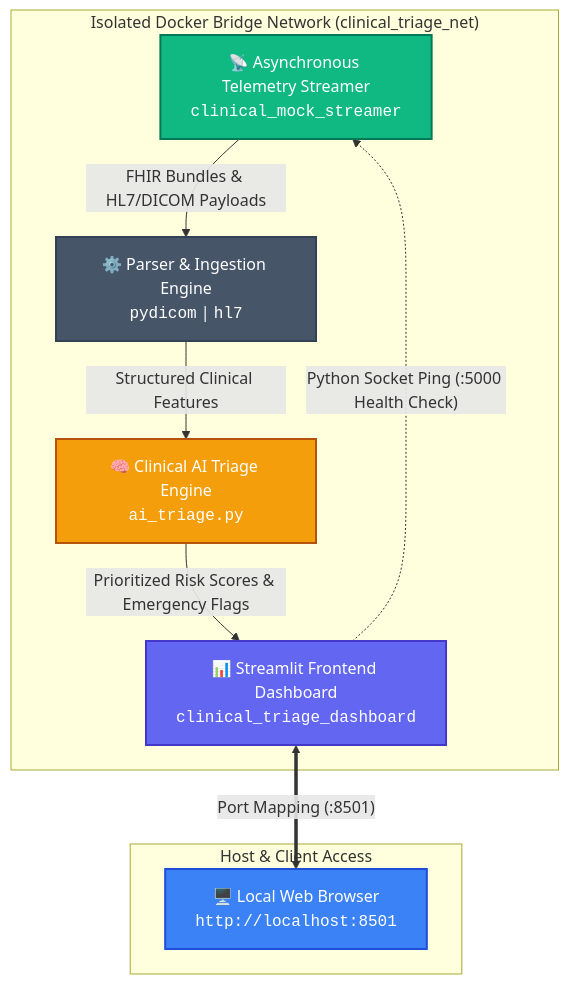
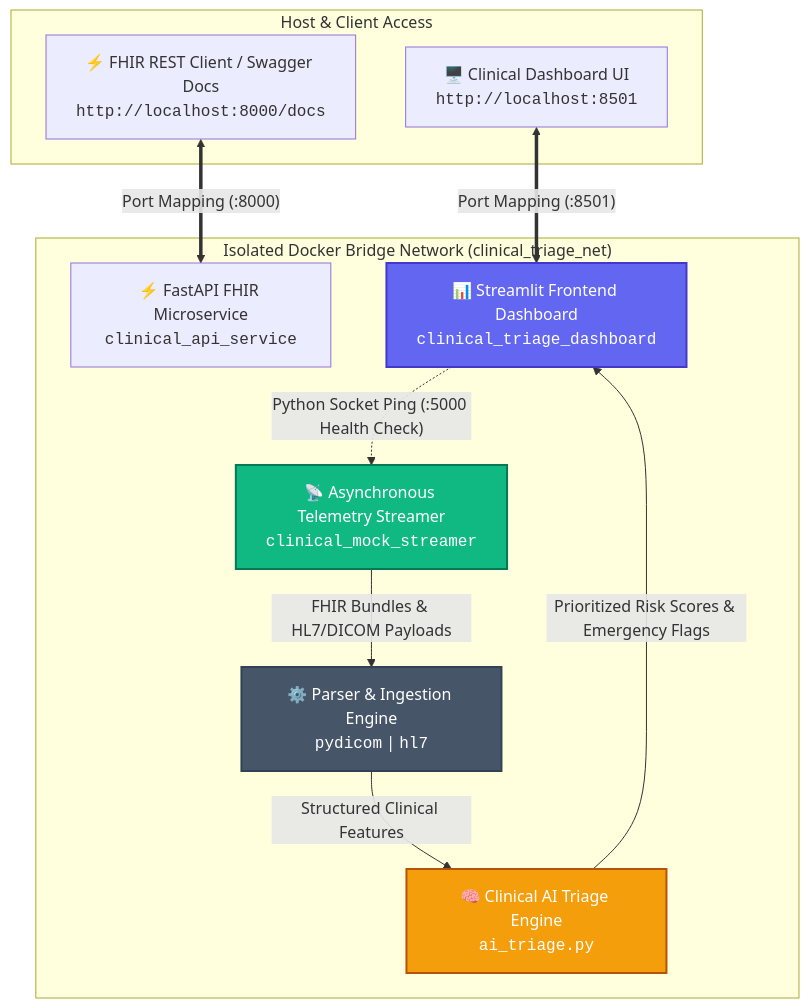
Before and after one commit to dammyoguntuyi-ui/Clinical-AI-Triage-Pipeline: the diagram in README.md, drawn with Mermaid. The commit also changed other lines of this file, not shown here.

Commit message:
docs(readme): expand architecture diagram, endpoints table, and dual-port deployment guide

````diff
--- a/README.md
+++ b/README.md
@@ -38,35 +39,35 @@
 ```mermaid
 flowchart TD
     subgraph Client["Host & Client Access"]
-        Browser["🖥️ Local Web Browser<br/><code>http://localhost:8501</code>"]
+        BrowserUI["🖥️ Clinical Dashboard UI<br/><code>http://localhost:8501</code>"]
+        APIClient["⚡ FHIR REST Client / Swagger Docs<br/><code>http://localhost:8000/docs</code>"]
     end
 
     subgraph Network["Isolated Docker Bridge Network (clinical_triage_net)"]
         Streamer["📡 Asynchronous Telemetry Streamer<br/><code>clinical_mock_streamer</code>"]
-        
+        APIService["⚡ FastAPI FHIR Microservice<br/><code>clinical_api_service</code>"]
         Parser["⚙️ Parser & Ingestion Engine<br/><code>pydicom</code> | <code>hl7</code>"]
-        
         Engine["🧠 Clinical AI Triage Engine<br/><code>ai_triage.py</code>"]
-        
         Dashboard["📊 Streamlit Frontend Dashboard<br/><code>clinical_triage_dashboard</code>"]
-        
+
         Streamer -->|"FHIR Bundles & HL7/DICOM Payloads"| Parser
         Parser -->|"Structured Clinical Features"| Engine
         Engine -->|"Prioritized Risk Scores & Emergency Flags"| Dashboard
         Dashboard -.->|"Python Socket Ping (:5000 Health Check)"| Streamer
     end
 
-    Dashboard <==>|"Port Mapping (:8501)"| Browser
+    BrowserUI <==>|"Port Mapping (:8501)"| Dashboard
+    APIClient <==>|"Port Mapping (:8000)"| APIService
 
     classDef client fill:#3b82f6,stroke:#1d4ed8,stroke-width:2px,color:#fff;
     classDef streamer fill:#10b981,stroke:#047857,stroke-width:2px,color:#fff;
     classDef engine fill:#f59e0b,stroke:#b45309,stroke-width:2px,color:#fff;
     classDef dash fill:#6366f1,stroke:#4338ca,stroke-width:2px,color:#fff;
     classDef parser fill:#475569,stroke:#334155,stroke-width:2px,color:#fff;
 
     class Browser client;
     class Streamer streamer;
     class Parser parser;
     class Engine engine;
     class Dashboard dash;
 ```
````
